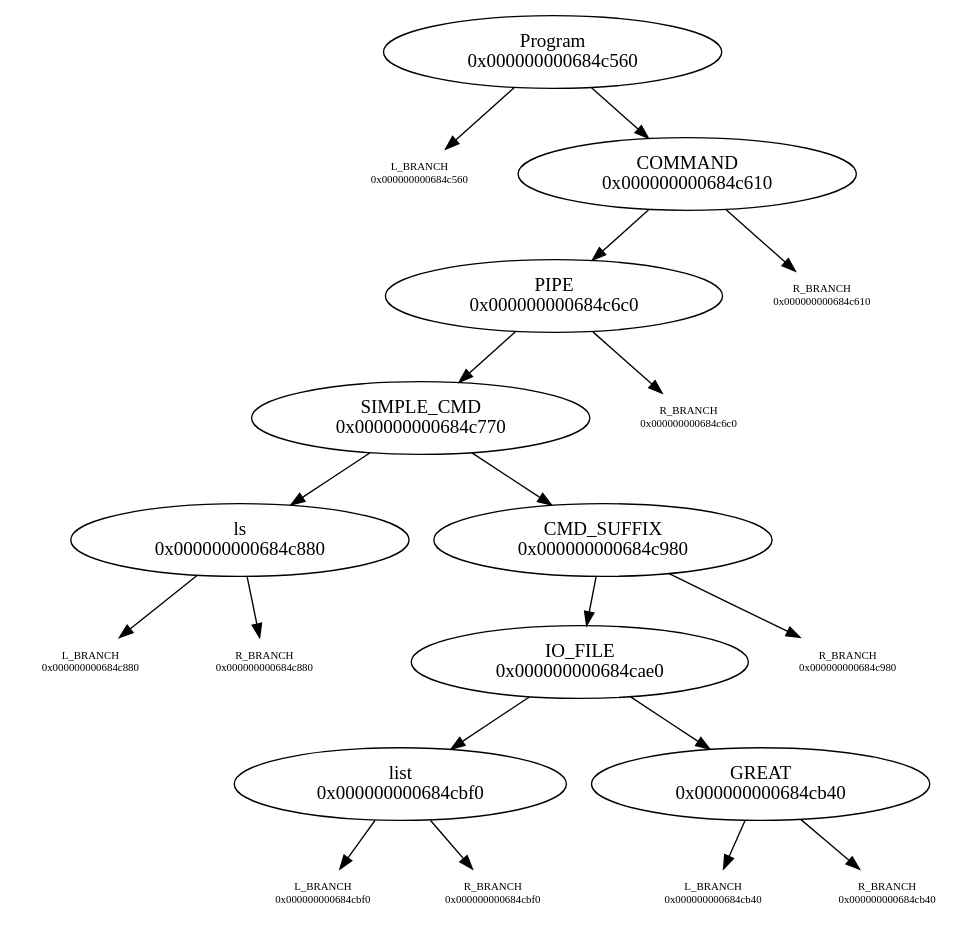
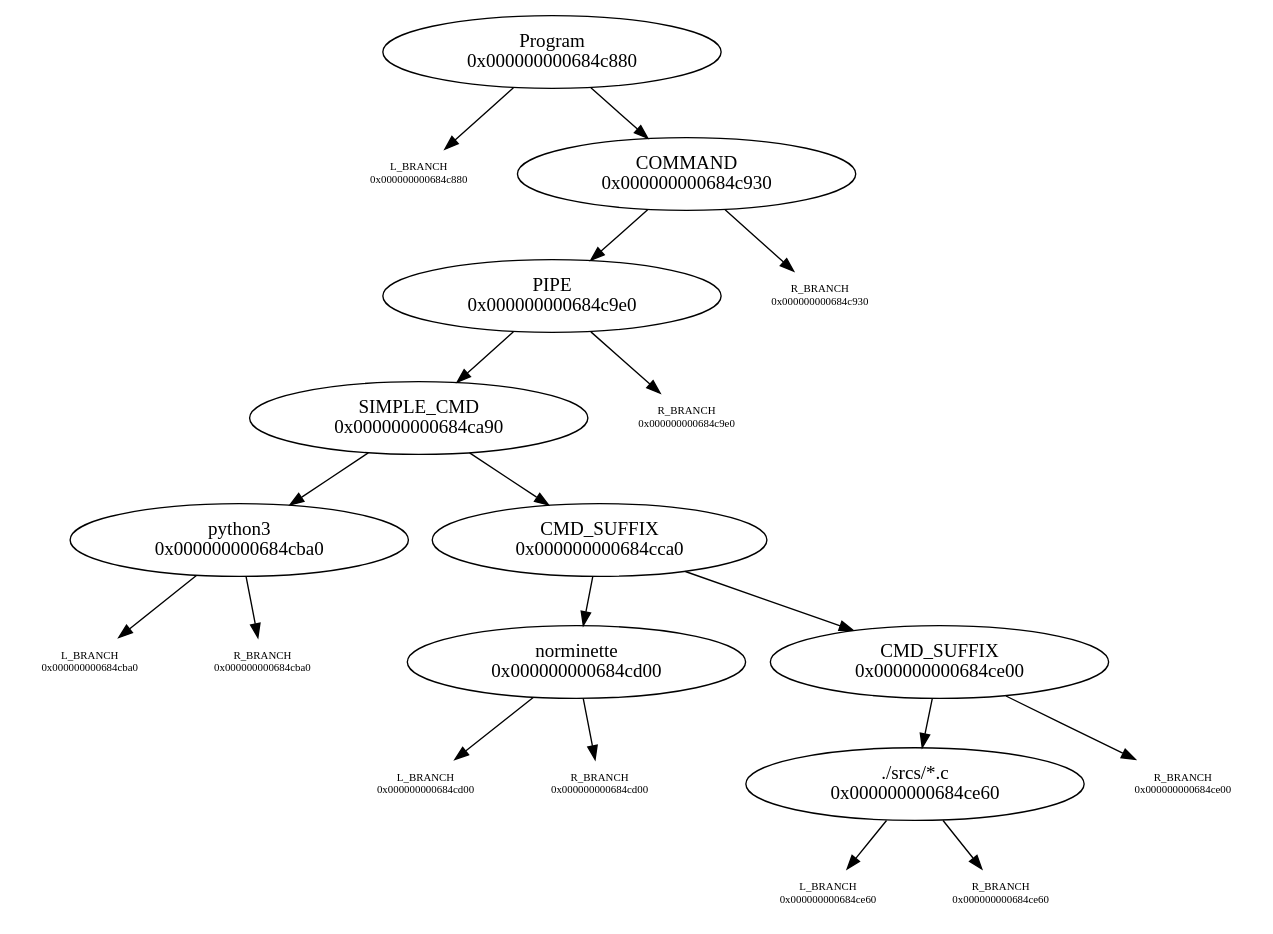
The diagram in graph.dot (N-4-Nina/Minishell), drawn with Graphviz before and after one commit. The commit also changed 32 other files, not shown here.

```diff
--- a/graph.dot
+++ b/graph.dot
@@ -1,31 +1,31 @@
 digraph graphname {
-"Program\n0x000000000684c560" -> "L_BRANCH\n0x000000000684c560";
-"L_BRANCH\n0x000000000684c560" [shape=none fontsize=8]
-"Program\n0x000000000684c560" -> "COMMAND\n0x000000000684c610";
-"COMMAND\n0x000000000684c610" -> "PIPE\n0x000000000684c6c0";
-"COMMAND\n0x000000000684c610" -> "R_BRANCH\n0x000000000684c610";
-"R_BRANCH\n0x000000000684c610" [shape=none fontsize=8]
-"PIPE\n0x000000000684c6c0" -> "SIMPLE_CMD\n0x000000000684c770";
-"PIPE\n0x000000000684c6c0" -> "R_BRANCH\n0x000000000684c6c0";
-"R_BRANCH\n0x000000000684c6c0" [shape=none fontsize=8]
-"SIMPLE_CMD\n0x000000000684c770" -> "ls\n0x000000000684c880";
-"SIMPLE_CMD\n0x000000000684c770" -> "CMD_SUFFIX\n0x000000000684c980";
-"ls\n0x000000000684c880" -> "L_BRANCH\n0x000000000684c880";
+"Program\n0x000000000684c880" -> "L_BRANCH\n0x000000000684c880";
 "L_BRANCH\n0x000000000684c880" [shape=none fontsize=8]
-"ls\n0x000000000684c880" -> "R_BRANCH\n0x000000000684c880";
-"R_BRANCH\n0x000000000684c880" [shape=none fontsize=8]
-"CMD_SUFFIX\n0x000000000684c980" -> "IO_FILE\n0x000000000684cae0";
-"CMD_SUFFIX\n0x000000000684c980" -> "R_BRANCH\n0x000000000684c980";
-"R_BRANCH\n0x000000000684c980" [shape=none fontsize=8]
-"IO_FILE\n0x000000000684cae0" -> "list\n0x000000000684cbf0";
-"IO_FILE\n0x000000000684cae0" -> "GREAT\n0x000000000684cb40";
-"list\n0x000000000684cbf0" -> "L_BRANCH\n0x000000000684cbf0";
-"L_BRANCH\n0x000000000684cbf0" [shape=none fontsize=8]
-"list\n0x000000000684cbf0" -> "R_BRANCH\n0x000000000684cbf0";
-"R_BRANCH\n0x000000000684cbf0" [shape=none fontsize=8]
-"GREAT\n0x000000000684cb40" -> "L_BRANCH\n0x000000000684cb40";
-"L_BRANCH\n0x000000000684cb40" [shape=none fontsize=8]
-"GREAT\n0x000000000684cb40" -> "R_BRANCH\n0x000000000684cb40";
-"R_BRANCH\n0x000000000684cb40" [shape=none fontsize=8]
+"Program\n0x000000000684c880" -> "COMMAND\n0x000000000684c930";
+"COMMAND\n0x000000000684c930" -> "PIPE\n0x000000000684c9e0";
+"COMMAND\n0x000000000684c930" -> "R_BRANCH\n0x000000000684c930";
+"R_BRANCH\n0x000000000684c930" [shape=none fontsize=8]
+"PIPE\n0x000000000684c9e0" -> "SIMPLE_CMD\n0x000000000684ca90";
+"PIPE\n0x000000000684c9e0" -> "R_BRANCH\n0x000000000684c9e0";
+"R_BRANCH\n0x000000000684c9e0" [shape=none fontsize=8]
+"SIMPLE_CMD\n0x000000000684ca90" -> "python3\n0x000000000684cba0";
+"SIMPLE_CMD\n0x000000000684ca90" -> "CMD_SUFFIX\n0x000000000684cca0";
+"python3\n0x000000000684cba0" -> "L_BRANCH\n0x000000000684cba0";
+"L_BRANCH\n0x000000000684cba0" [shape=none fontsize=8]
+"python3\n0x000000000684cba0" -> "R_BRANCH\n0x000000000684cba0";
+"R_BRANCH\n0x000000000684cba0" [shape=none fontsize=8]
+"CMD_SUFFIX\n0x000000000684cca0" -> "norminette\n0x000000000684cd00";
+"CMD_SUFFIX\n0x000000000684cca0" -> "CMD_SUFFIX\n0x000000000684ce00";
+"norminette\n0x000000000684cd00" -> "L_BRANCH\n0x000000000684cd00";
+"L_BRANCH\n0x000000000684cd00" [shape=none fontsize=8]
+"norminette\n0x000000000684cd00" -> "R_BRANCH\n0x000000000684cd00";
+"R_BRANCH\n0x000000000684cd00" [shape=none fontsize=8]
+"CMD_SUFFIX\n0x000000000684ce00" -> "./srcs/*.c\n0x000000000684ce60";
+"CMD_SUFFIX\n0x000000000684ce00" -> "R_BRANCH\n0x000000000684ce00";
+"R_BRANCH\n0x000000000684ce00" [shape=none fontsize=8]
+"./srcs/*.c\n0x000000000684ce60" -> "L_BRANCH\n0x000000000684ce60";
+"L_BRANCH\n0x000000000684ce60" [shape=none fontsize=8]
+"./srcs/*.c\n0x000000000684ce60" -> "R_BRANCH\n0x000000000684ce60";
+"R_BRANCH\n0x000000000684ce60" [shape=none fontsize=8]
 
 }
```
